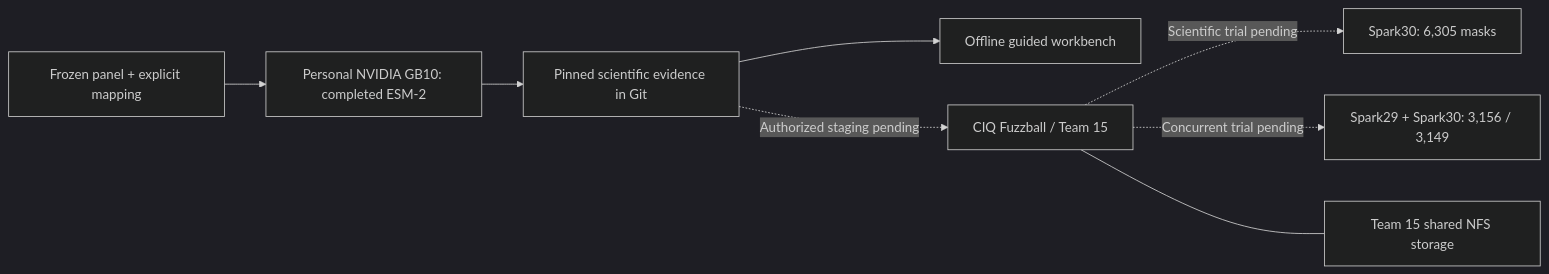
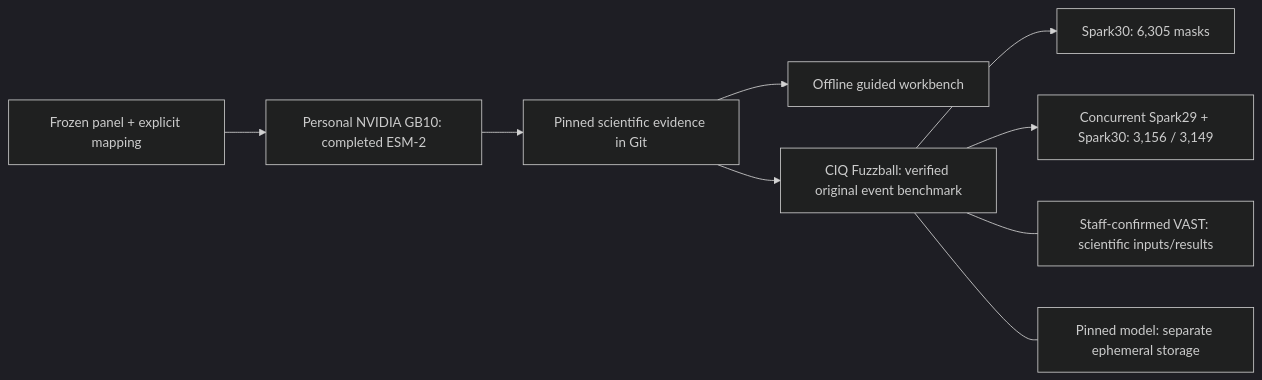
Before and after one commit to francolinx/LymeScope: the diagram in README.md, drawn with Mermaid (dark theme). The commit also changed other lines of this file and 42 other files, not shown here.

Commit message:
Publish verified original two-node event benchmark fallback

````diff
--- a/README.md
+++ b/README.md
@@ -160,10 +180,11 @@
 ```mermaid
 flowchart LR
   A["Frozen panel + explicit mapping"] --> B["Personal NVIDIA GB10: completed ESM-2"]
   B --> C["Pinned scientific evidence in Git"]
   C --> D["Offline guided workbench"]
-  C -. "Authorized staging pending" .-> E["CIQ Fuzzball / Team 15"]
-  E -. "Scientific trial pending" .-> F["Spark30: 6,305 masks"]
-  E -. "Concurrent trial pending" .-> G["Spark29 + Spark30: 3,156 / 3,149"]
-  E --- H["Team 15 shared NFS storage"]
+  C --> E["CIQ Fuzzball: verified original event benchmark"]
+  E --> F["Spark30: 6,305 masks"]
+  E --> G["Concurrent Spark29 + Spark30: 3,156 / 3,149"]
+  E --- H["Staff-confirmed VAST: scientific inputs/results"]
+  E --- I["Pinned model: separate ephemeral storage"]
 ```
````
